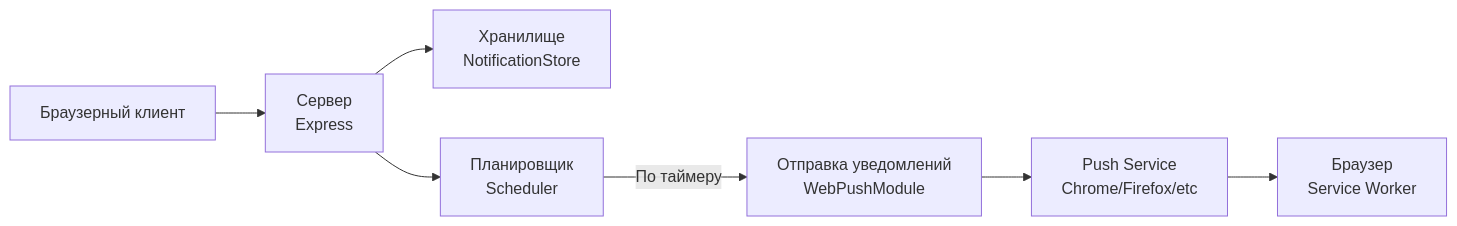
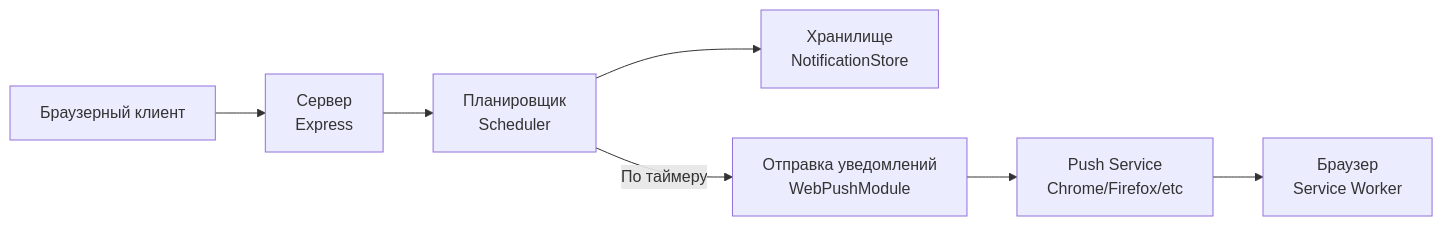
The diagram in README.md (mvladt/webpush-scheduler), drawn with Mermaid before and after one commit. The commit also changed other lines of this file, not shown here.

````diff
--- a/README.md
+++ b/README.md
@@ -57,10 +59,10 @@
 ```mermaid
 graph LR
     A[Браузерный клиент] --> B[Сервер<br>Express];
-    B --> C[Хранилище<br>NotificationStore];
     B --> D[Планировщик<br>Scheduler];
+    D --> C[Хранилище<br>NotificationStore];
 
     D -- По таймеру --> E[Отправка уведомлений<br>WebPushModule];
     E --> F[Push Service<br>Chrome/Firefox/etc];
     F --> G[Браузер<br>Service Worker];
 ```
````
